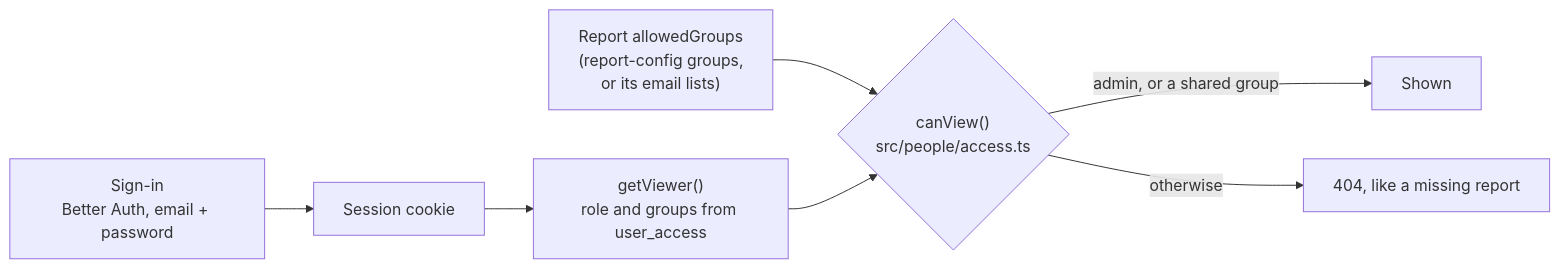
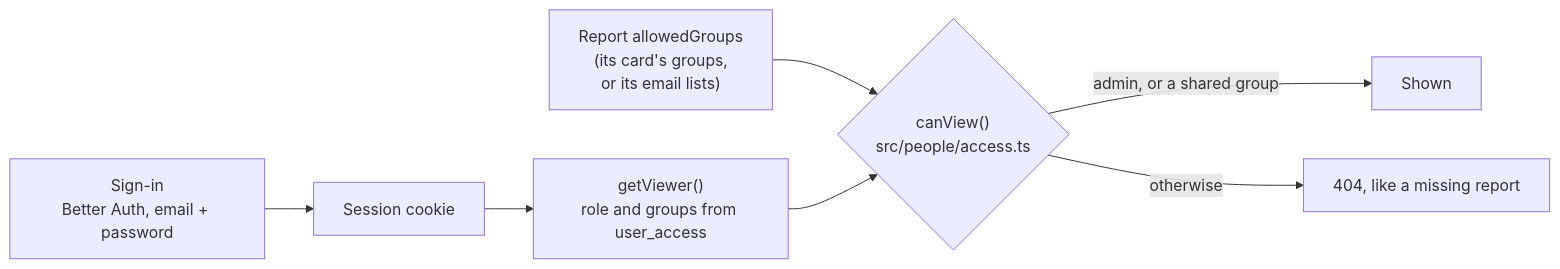
One commit to trcpoet/splunk-report-ai changed the fifth of 6 diagrams in docs/architecture.md. Above: the diagram before and after it, drawn with Mermaid. The commit also changed other lines of this file and 61 other files, not shown here.

First line of the commit message:
Report cards as data: config/report-cards.yaml, card:preview, splunk:tiles

````diff
--- a/docs/architecture.md
+++ b/docs/architecture.md
@@ -169,9 +169,9 @@
 ```mermaid
 flowchart LR
     signin["Sign-in<br/>Better Auth, email + password"] --> session["Session cookie"]
     session --> viewer["getViewer()<br/>role and groups from user_access"]
-    report["Report allowedGroups<br/>(report-config groups,<br/>or its email lists)"] --> canview{"canView()<br/>src/people/access.ts"}
+    report["Report allowedGroups<br/>(its card's groups,<br/>or its email lists)"] --> canview{"canView()<br/>src/people/access.ts"}
     viewer --> canview
     canview -- "admin, or a shared group" --> shown["Shown"]
     canview -- "otherwise" --> missing["404, like a missing report"]
 ```
````
